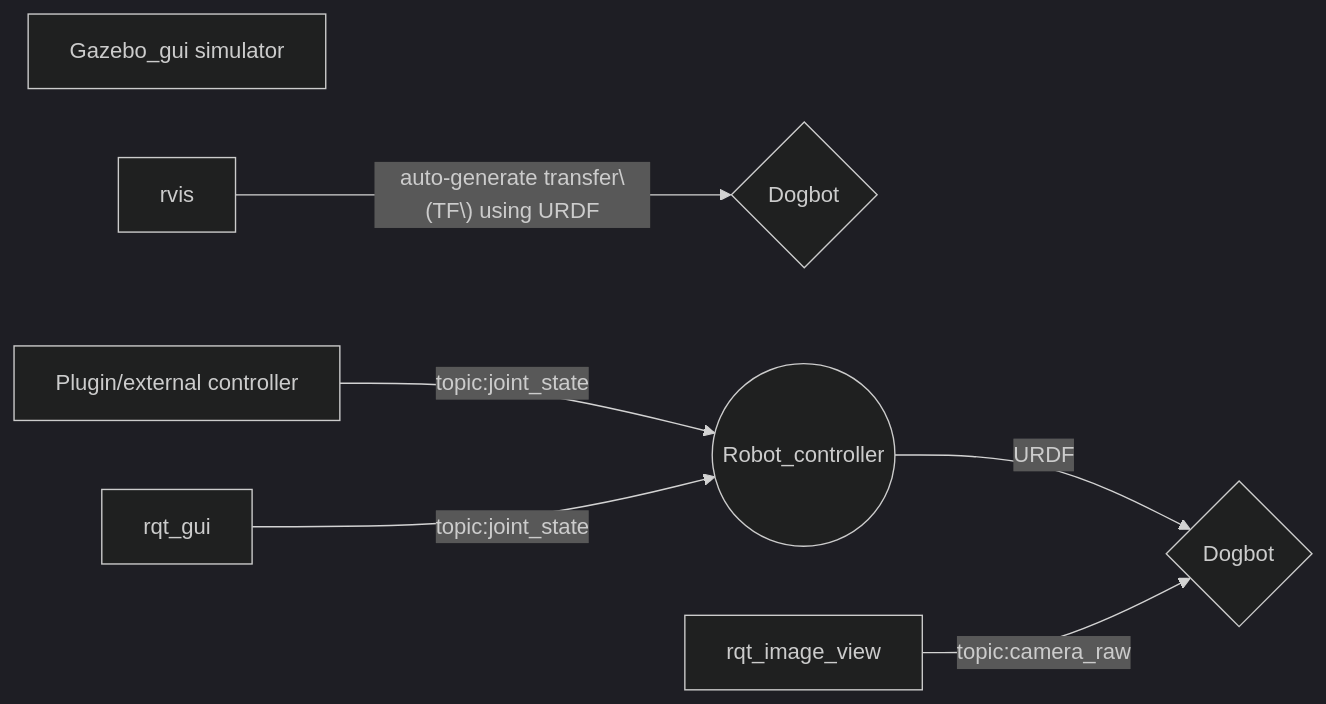
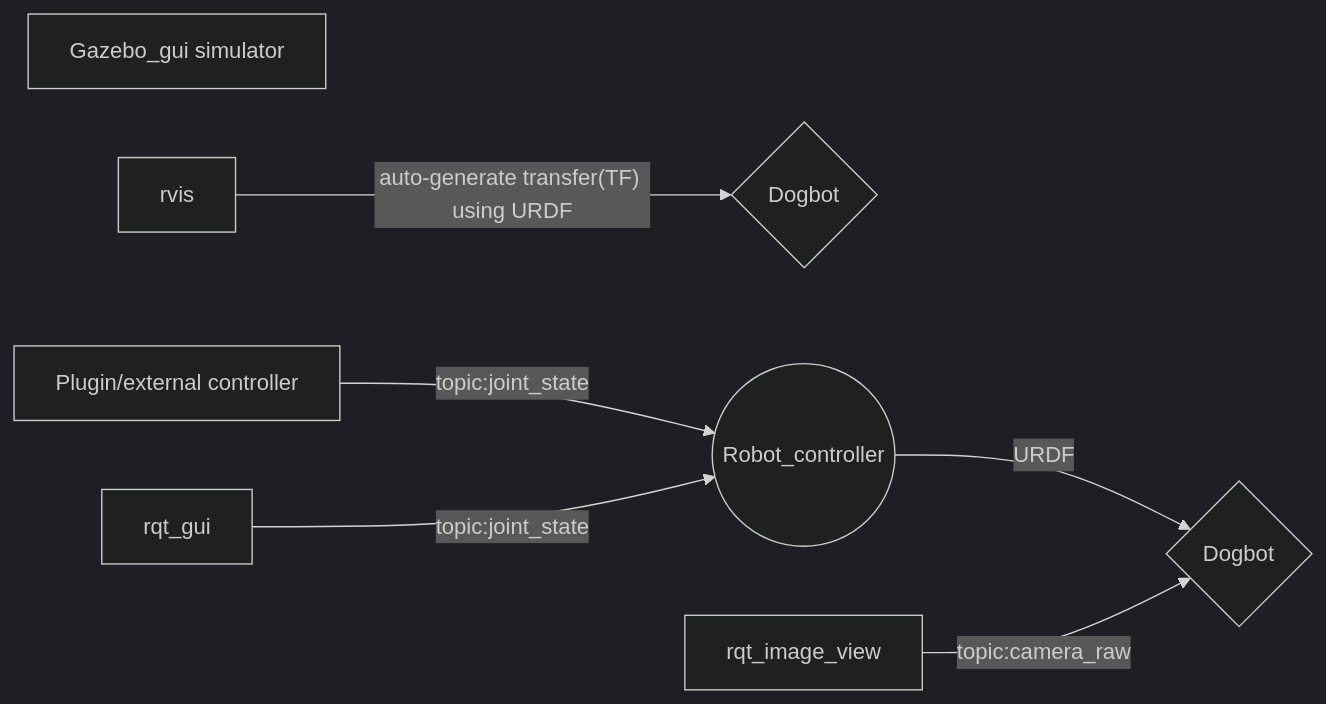
The diagram in README.md (bsyh/dogbot_ros), drawn with Mermaid (dark theme) before and after one commit.

````diff
--- a/README.md
+++ b/README.md
@@ -46,10 +46,10 @@
 ```mermaid
 graph LR
 Z[Gazebo_gui simulator]
 
-R[rvis] --auto-generate transfer\(TF\) using URDF--> V{Dogbot}
+R[rvis] --"auto-generate transfer(TF) using URDF"--> V{Dogbot}
 
 X[Plugin/external controller] --  topic:joint_state --> B
 H[rqt_gui] -- topic:joint_state -->B((Robot_controller)) --URDF-->F{Dogbot}
 A[rqt_image_view] -- topic:camera_raw --> F
 ```
````
